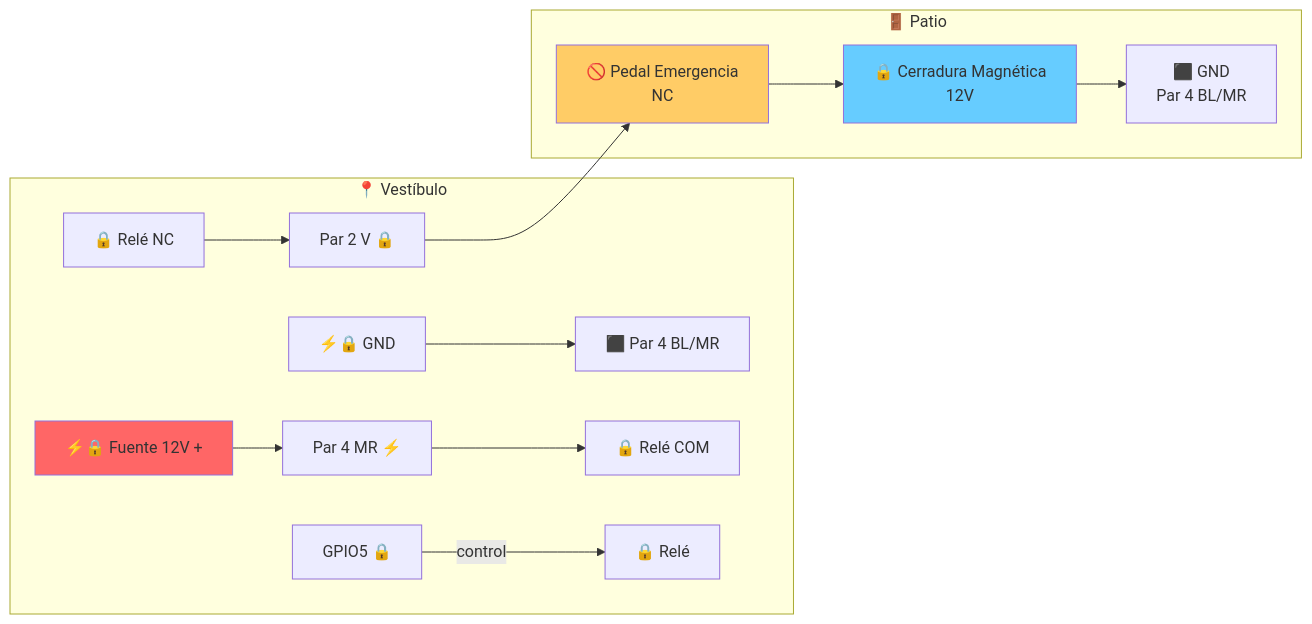
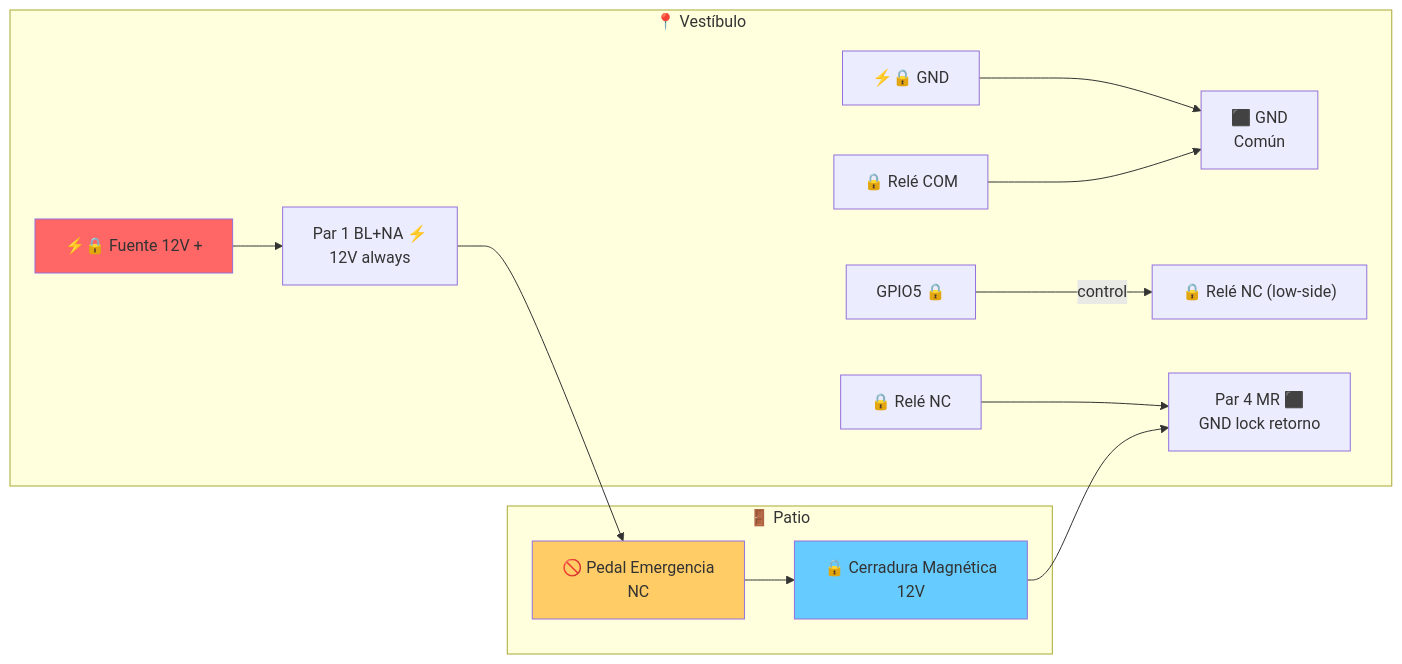
Before and after one commit to abelbour/Abrepuertas: the sixth of 11 diagrams in README.md, drawn with Mermaid. The commit also changed other lines of this file, not shown here.

Commit message:
Doc: dos UTPs (interior + exterior), low-side relay, distancias 8m, BOM actualizada

````diff
--- a/README.md
+++ b/README.md
@@ -535,20 +575,20 @@
 ```mermaid
 flowchart LR
     subgraph Vestibulo["📍 Vestíbulo"]
-        F12V["⚡🔒 Fuente 12V +"] --> P4_MR["Par 4 MR ⚡"]
-        F12V_GND["⚡🔒 GND"] --> GND["⬛ Par 4 BL/MR"]
-        P4_MR --> ReleCOM["🔒 Relé COM"]
-        ReleNC["🔒 Relé NC"] --> P2_V["Par 2 V 🔒"]
-        G5["GPIO5 🔒"] -- control --> Rele["🔒 Relé"]
+        F12V["⚡🔒 Fuente 12V +"] --> P1_12V["Par 1 BL+NA ⚡<br/>12V always"]
+        F12V_GND["⚡🔒 GND"] --> GND["⬛ GND<br/>Común"]
+        G5["GPIO5 🔒"] -- control --> Rele["🔒 Relé NC (low-side)"]
+        ReleCOM["🔒 Relé COM"] --> GND
+        ReleNC["🔒 Relé NC"] --> P4_GND_LOCK["Par 4 MR ⬛<br/>GND lock retorno"]
     end
 
     subgraph Patio["🚪 Patio"]
-        P2_V --> Pedal["🚫 Pedal Emergencia<br/>NC"]
+        P1_12V --> Pedal["🚫 Pedal Emergencia<br/>NC"]
         Pedal --> Lock["🔒 Cerradura Magnética<br/>12V"]
-        Lock --> GND_Lock["⬛ GND<br/>Par 4 BL/MR"]
+        Lock --> P4_GND_LOCK
     end
 
     style F12V fill:#f66
     style Lock fill:#6cf
     style Pedal fill:#fc6
 ```
````
